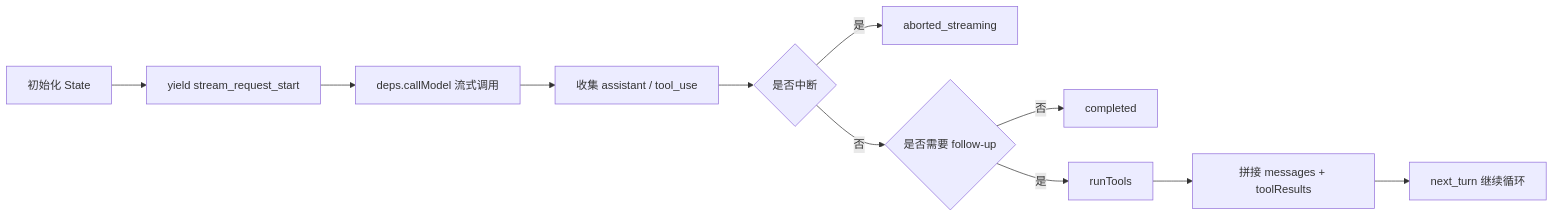
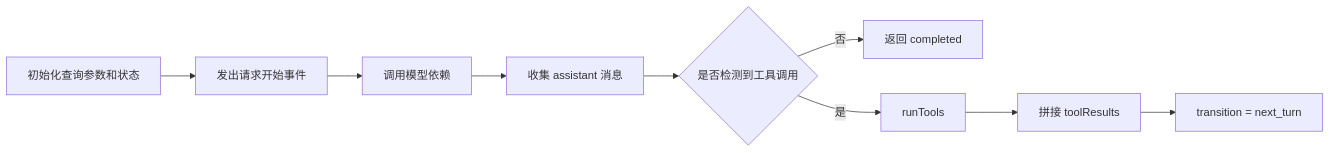
One commit to friendlyhank/claude-code-annotated changed the diagram in notes/reviews/03-query-engine-layer.md. Above: the diagram before and after it, drawn with Mermaid. The commit also changed other lines of this file and 15 other files, not shown here.

````diff
--- a/notes/reviews/03-query-engine-layer.md
+++ b/notes/reviews/03-query-engine-layer.md
@@ -18,13 +18,11 @@
 ```mermaid
 flowchart LR
-    Start[初始化 State] --> StreamStart[yield stream_request_start]
-    StreamStart --> CallModel[deps.callModel 流式调用]
-    CallModel --> Parse[收集 assistant / tool_use]
-    Parse --> Abort{是否中断}
-    Abort -->|是| AbortEnd[aborted_streaming]
-    Abort -->|否| FollowUp{是否需要 follow-up}
-    FollowUp -->|否| Completed[completed]
-    FollowUp -->|是| RunTools[runTools]
-    RunTools --> Merge[拼接 messages + toolResults]
-    Merge --> NextTurn[next_turn 继续循环]
+    Start[初始化查询参数和状态] --> Request[发出请求开始事件]
+    Request --> Call[调用模型依赖]
+    Call --> Collect[收集 assistant 消息]
+    Collect --> Decide{是否检测到工具调用}
+    Decide -->|否| Done[返回 completed]
+    Decide -->|是| Tools[runTools]
+    Tools --> Merge[拼接 toolResults]
+    Merge --> Next[transition = next_turn]
 ```
````
